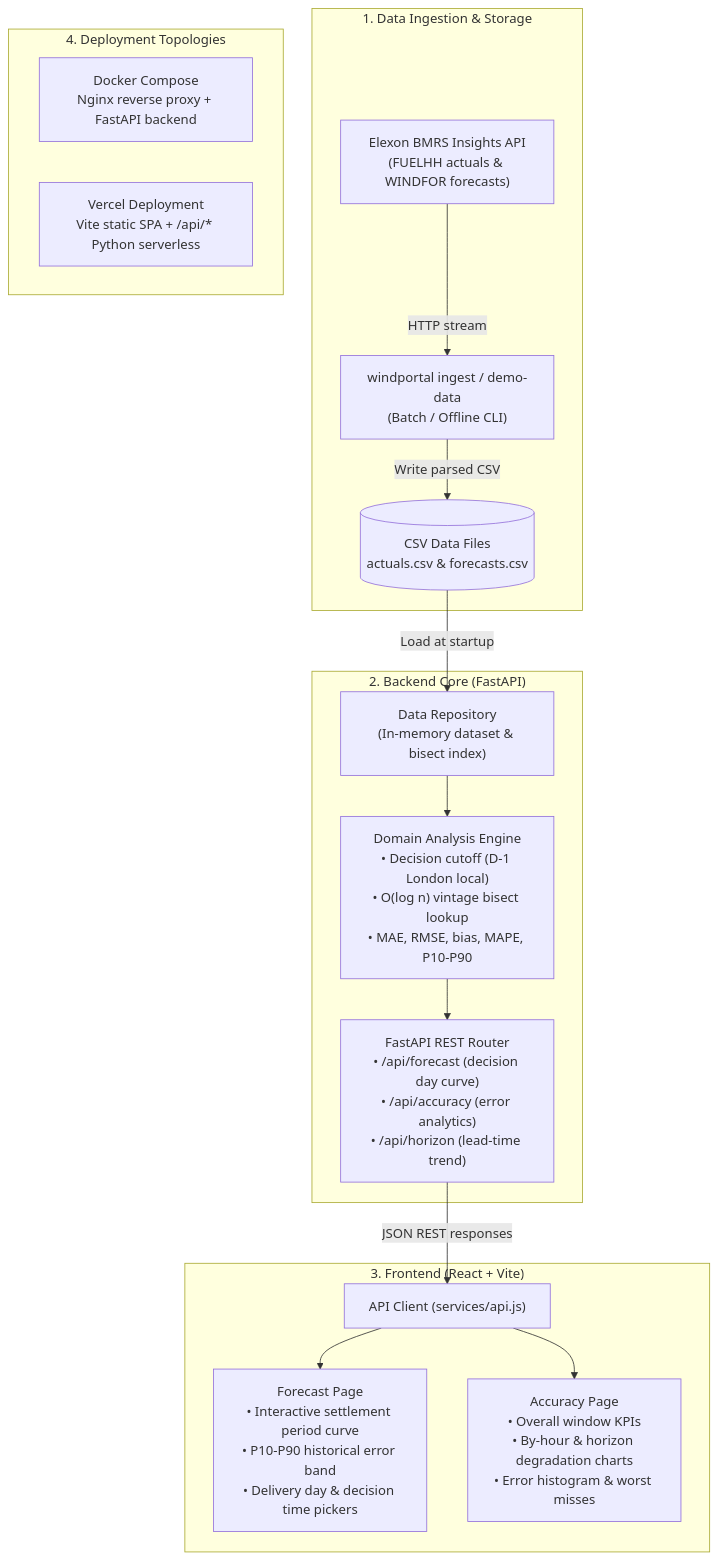
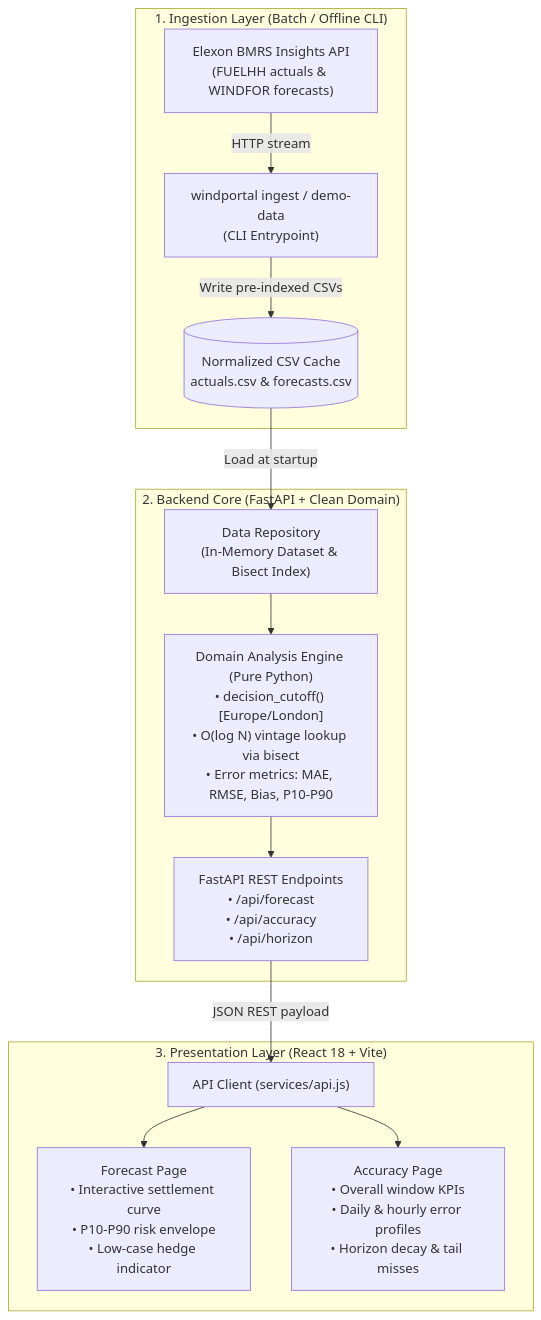
Before and after one commit to Anshrastogi05/Wind-Forecast-Portal: the diagram in README.md, drawn with Mermaid. The commit also changed other lines of this file, not shown here.

````diff
--- a/README.md
+++ b/README.md
@@ -16,37 +65,31 @@
 ```mermaid
 flowchart TD
-    subgraph S1["1. Data Ingestion & Storage"]
+    subgraph INGESTION["1. Ingestion Layer (Batch / Offline CLI)"]
         ELEXON["Elexon BMRS Insights API<br/>(FUELHH actuals & WINDFOR forecasts)"]
-        CLI["windportal ingest / demo-data<br/>(Batch / Offline CLI)"]
-        CSV[("CSV Data Files<br/>actuals.csv & forecasts.csv")]
+        CLI["windportal ingest / demo-data<br/>(CLI Entrypoint)"]
+        CSV[("Normalized CSV Cache<br/>actuals.csv & forecasts.csv")]
         
         ELEXON -->|HTTP stream| CLI
-        CLI -->|Write parsed CSV| CSV
+        CLI -->|Write pre-indexed CSVs| CSV
     end
 
-    subgraph S2["2. Backend Core (FastAPI)"]
-        REPO["Data Repository<br/>(In-memory dataset & bisect index)"]
-        DOMAIN["Domain Analysis Engine<br/>• Decision cutoff (D-1 London local)<br/>• O(log n) vintage bisect lookup<br/>• MAE, RMSE, bias, MAPE, P10-P90"]
-        API["FastAPI REST Router<br/>• /api/forecast (decision day curve)<br/>• /api/accuracy (error analytics)<br/>• /api/horizon (lead-time trend)"]
+    subgraph BACKEND["2. Backend Core (FastAPI + Clean Domain)"]
+        REPO["Data Repository<br/>(In-Memory Dataset & Bisect Index)"]
+        DOMAIN["Domain Analysis Engine (Pure Python)<br/>• decision_cutoff() [Europe/London]<br/>• O(log N) vintage lookup via bisect<br/>• Error metrics: MAE, RMSE, Bias, P10-P90"]
+        API["FastAPI REST Endpoints<br/>• /api/forecast<br/>• /api/accuracy<br/>• /api/horizon"]
         
         CSV -->|Load at startup| REPO
         REPO --> DOMAIN
         DOMAIN --> API
     end
 
-    subgraph S3["3. Frontend (React + Vite)"]
+    subgraph FRONTEND["3. Presentation Layer (React 18 + Vite)"]
         CLIENT["API Client (services/api.js)"]
-        PAGE1["Forecast Page<br/>• Interactive settlement period curve<br/>• P10-P90 historical error band<br/>• Delivery day & decision time pickers"]
-        PAGE2["Accuracy Page<br/>• Overall window KPIs<br/>• By-hour & horizon degradation charts<br/>• Error histogram & worst misses"]
+        UI_DECISION["Forecast Page<br/>• Interactive settlement curve<br/>• P10-P90 risk envelope<br/>• Low-case hedge indicator"]
+        UI_ACCURACY["Accuracy Page<br/>• Overall window KPIs<br/>• Daily & hourly error profiles<br/>• Horizon decay & tail misses"]
         
-        API -->|JSON REST responses| CLIENT
-        CLIENT --> PAGE1
-        CLIENT --> PAGE2
-    end
-
-    subgraph S4["4. Deployment Topologies"]
-        direction LR
-        DOCKER["Docker Compose<br/>Nginx reverse proxy + FastAPI backend"]
-        VERCEL["Vercel Deployment<br/>Vite static SPA + /api/* Python serverless"]
+        API -->|JSON REST payload| CLIENT
+        CLIENT --> UI_DECISION
+        CLIENT --> UI_ACCURACY
     end
 ```
````
